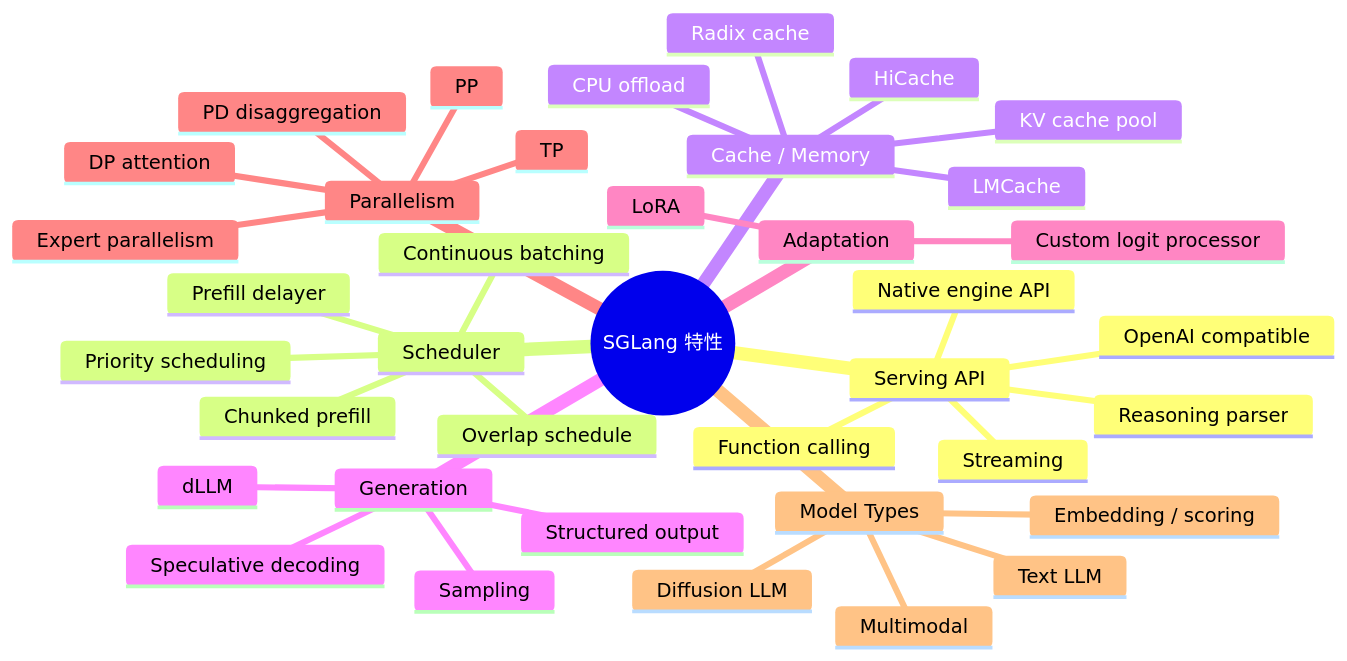
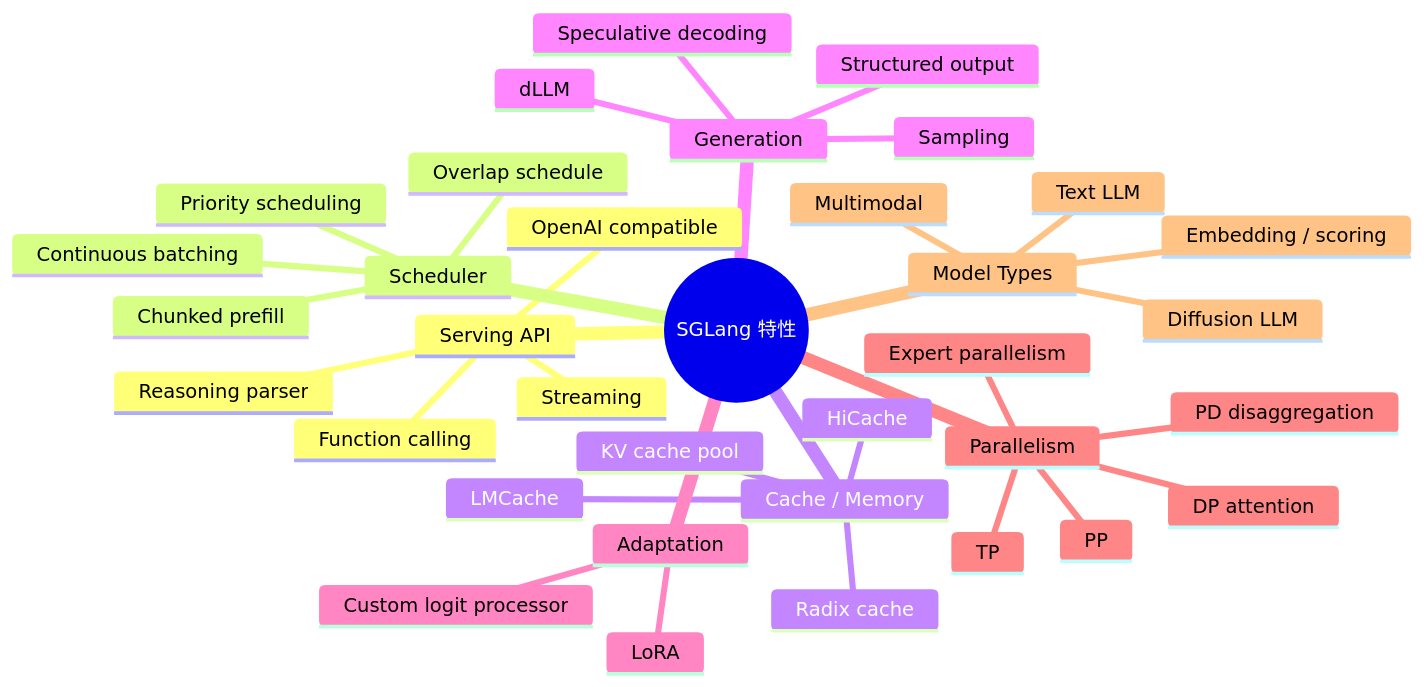
One commit to cl-vv-h/SGLang_Tutor changed the first of 3 diagrams in learning/sglang-source-reading/00-feature-map.md. Above: the diagram before and after it, drawn with Mermaid. The commit also changed other lines of this file and 4 other files, not shown here.

````diff
--- a/learning/sglang-source-reading/00-feature-map.md
+++ b/learning/sglang-source-reading/00-feature-map.md
@@ -9,41 +9,38 @@
 ```mermaid
 mindmap
   root((SGLang 特性))
     Serving API
       OpenAI compatible
-      Native engine API
       Streaming
       Function calling
       Reasoning parser
     Scheduler
       Continuous batching
       Chunked prefill
       Priority scheduling
-      Prefill delayer
       Overlap schedule
     Cache / Memory
       KV cache pool
       Radix cache
       HiCache
       LMCache
-      CPU offload
     Generation
       Sampling
       Structured output
       Speculative decoding
       dLLM
     Adaptation
       LoRA
       Custom logit processor
     Parallelism
       TP
       PP
       DP attention
       PD disaggregation
       Expert parallelism
     Model Types
       Text LLM
       Multimodal
       Embedding / scoring
       Diffusion LLM
 ```
````
